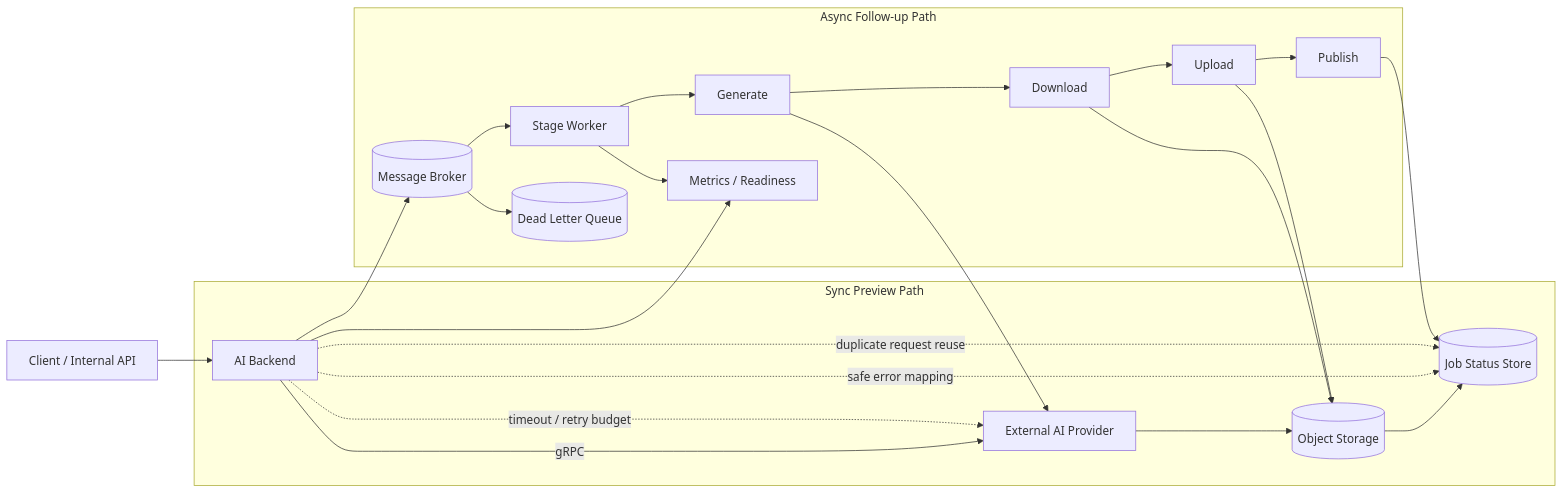
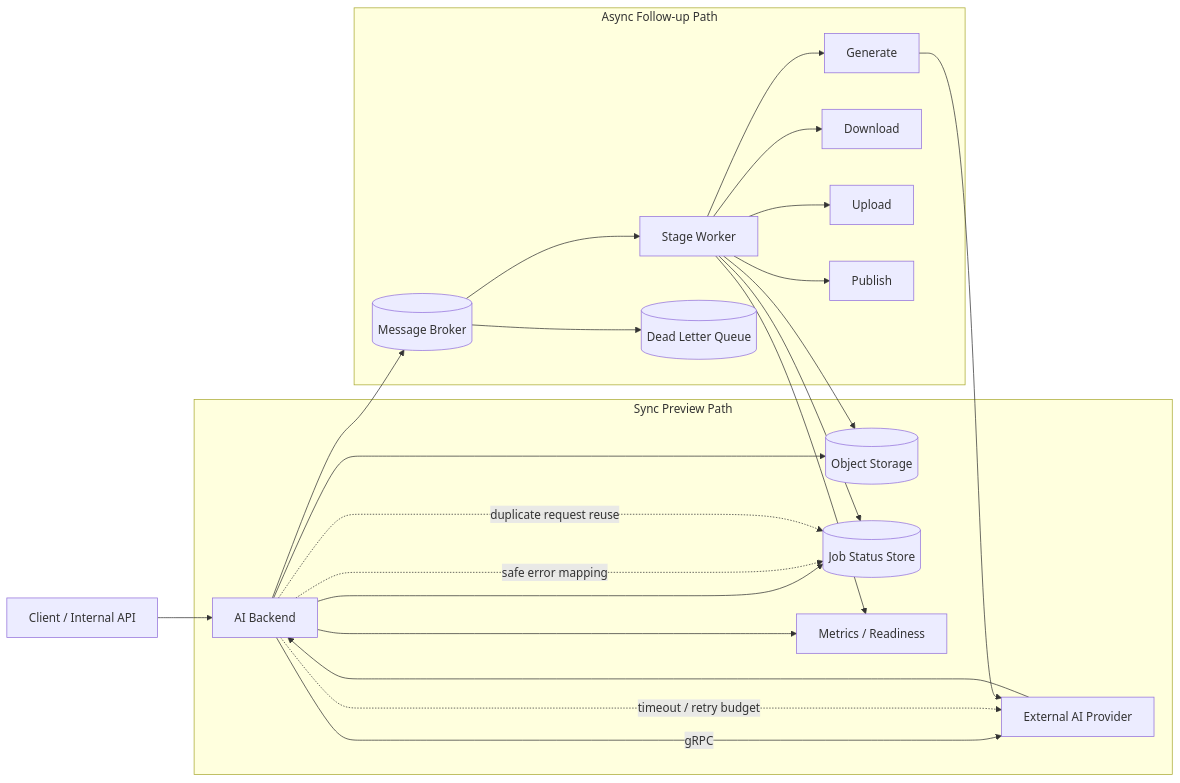
The diagram in projects/external-ai-model-call-backend-stabilization.md (bang9ming9/bang9ming9), drawn with Mermaid before and after one commit. The commit also changed other lines of this file and 1 other file, not shown here.

Commit message:
tighten ai backend doc wording

````diff
--- a/projects/external-ai-model-call-backend-stabilization.md
+++ b/projects/external-ai-model-call-backend-stabilization.md
@@ -100,30 +100,30 @@
 ```mermaid
 flowchart LR
     Client[Client / Internal API] --> API[AI Backend]
 
     subgraph Sync[Sync Preview Path]
         API -->|gRPC| Provider[External AI Provider]
-        Provider --> Storage[(Object Storage)]
-        Storage --> Status[(Job Status Store)]
+        Provider --> API
+        API --> Storage[(Object Storage)]
+        API --> Status[(Job Status Store)]
+        API --> Obs[Metrics / Readiness]
         API -. timeout / retry budget .-> Provider
         API -. safe error mapping .-> Status
         API -. duplicate request reuse .-> Status
     end
 
     subgraph Async[Async Follow-up Path]
         Broker[(Message Broker)] --> Worker[Stage Worker]
         Worker --> G[Generate]
-        G --> D[Download]
-        D --> U[Upload]
-        U --> P[Publish]
         G --> Provider
-        D --> Storage
-        U --> Storage
-        P --> Status
+        Worker --> D[Download]
+        Worker --> U[Upload]
+        Worker --> P[Publish]
+        Worker --> Storage
+        Worker --> Status
+        Worker --> Obs[Metrics / Readiness]
         Broker --> DLQ[(Dead Letter Queue)]
-        Worker --> Obs[Metrics / Readiness]
     end
 
     API --> Broker
-    API --> Obs
 ```
````
